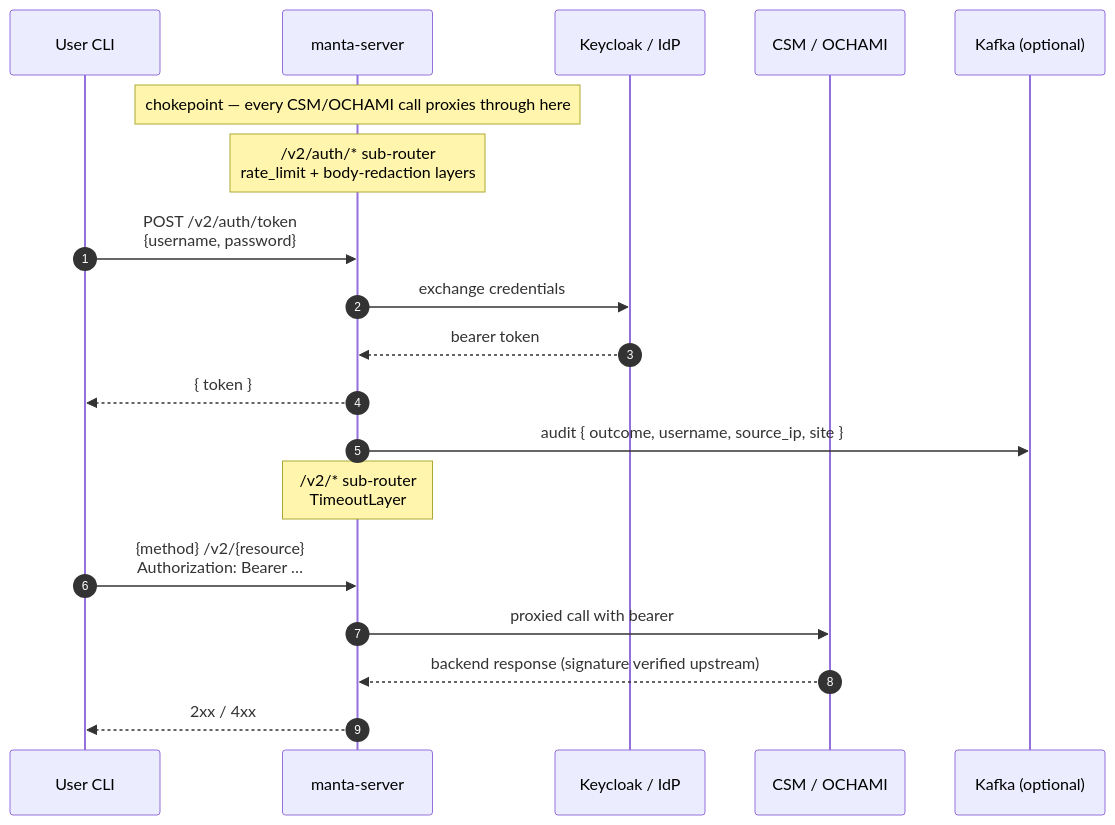
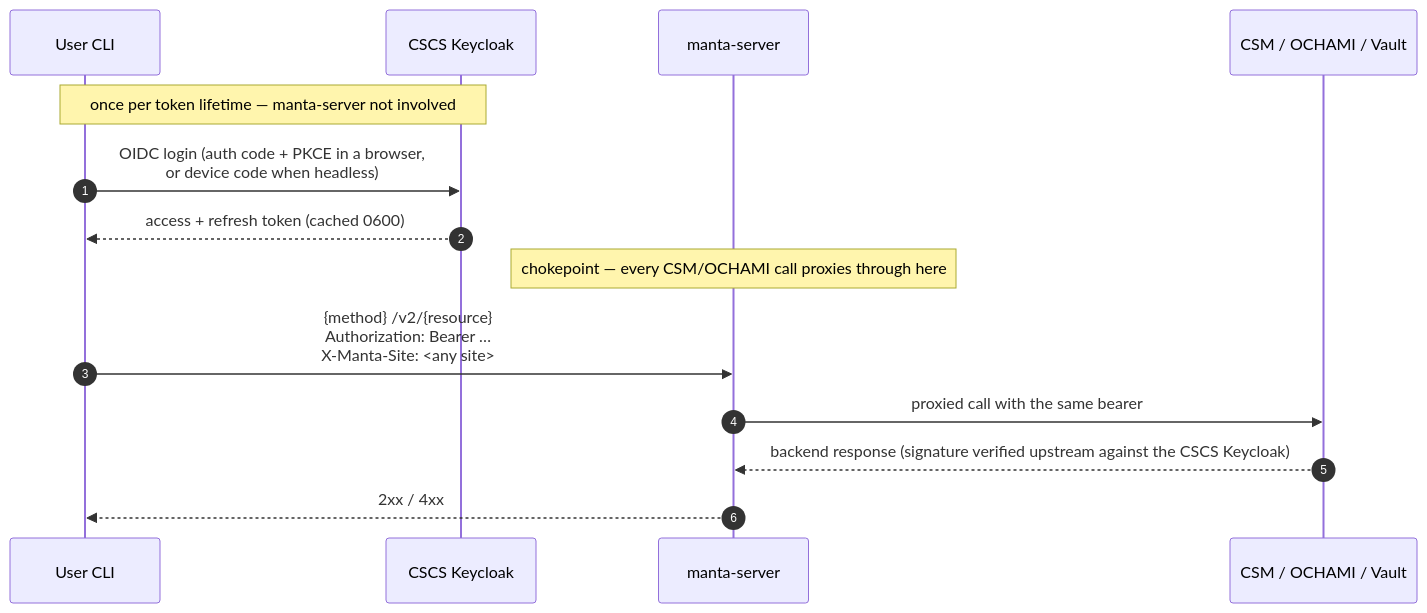
One commit to eth-cscs/manta changed the diagram in SECURITY.md. Above: the diagram before and after it, drawn with Mermaid. The commit also changed other lines of this file and 9 other files, not shown here.

First line of the commit message:
docs: document CSCS-Keycloak login and the removed server auth

````diff
--- a/SECURITY.md
+++ b/SECURITY.md
@@ -68,26 +68,20 @@
 ```mermaid
 sequenceDiagram
     autonumber
     participant CLI as User CLI
+    participant K as CSCS Keycloak
     participant MS as manta-server
-    participant K as Keycloak / IdP
-    participant B as CSM / OCHAMI
-    participant Kf as Kafka (optional)
+    participant B as CSM / OCHAMI / Vault
+
+    Note over CLI,K: once per token lifetime — manta-server not involved
+
+    CLI->>K: OIDC login (auth code + PKCE in a browser,<br/>or device code when headless)
+    K-->>CLI: access + refresh token (cached 0600)
 
     Note over MS: chokepoint — every CSM/OCHAMI call proxies through here
 
-    Note over MS: /v2/auth/* sub-router<br/>rate_limit + body-redaction layers
-
-    CLI->>MS: POST /v2/auth/token<br/>{username, password}
-    MS->>K: exchange credentials
-    K-->>MS: bearer token
-    MS-->>CLI: { token }
-    MS->>Kf: audit { outcome, username, source_ip, site }
-
-    Note over MS: /v2/* sub-router<br/>TimeoutLayer
-
-    CLI->>MS: {method} /v2/{resource}<br/>Authorization: Bearer …
-    MS->>B: proxied call with bearer
-    B-->>MS: backend response (signature verified upstream)
+    CLI->>MS: {method} /v2/{resource}<br/>Authorization: Bearer …<br/>X-Manta-Site: <any site>
+    MS->>B: proxied call with the same bearer
+    B-->>MS: backend response (signature verified upstream against the CSCS Keycloak)
     MS-->>CLI: 2xx / 4xx
 ```
````
